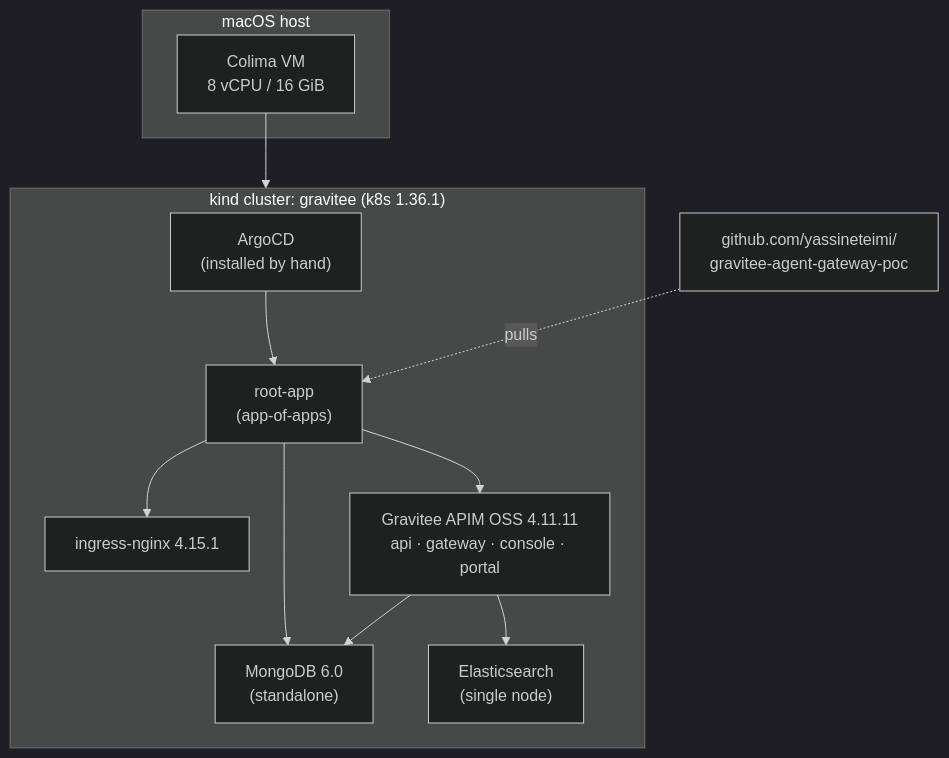
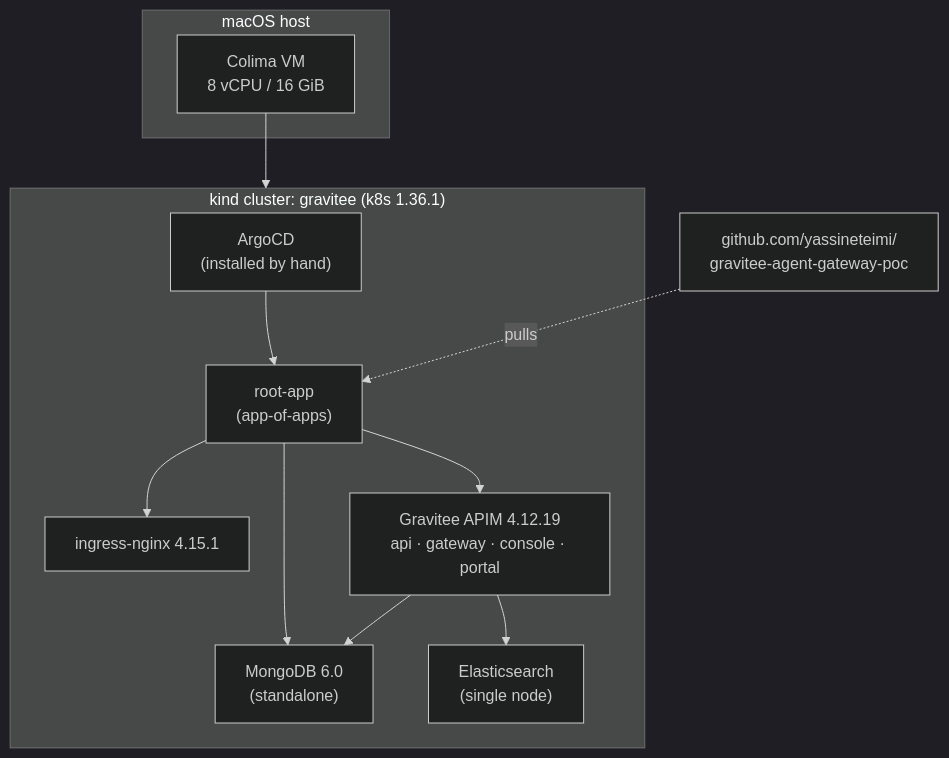
Before and after one commit to yassineteimi/gravitee-agent-gateway-poc: the diagram in docs/bootstrap.md, drawn with Mermaid (dark theme). The commit also changed other lines of this file and 4 other files, not shown here.

````diff
--- a/docs/bootstrap.md
+++ b/docs/bootstrap.md
@@ -43,23 +52,23 @@
 ```mermaid
 flowchart TD
     subgraph host["macOS host"]
         colima["Colima VM<br/>8 vCPU / 16 GiB"]
     end
     subgraph kind["kind cluster: gravitee (k8s 1.36.1)"]
         argo["ArgoCD<br/>(installed by hand)"]
         root["root-app<br/>(app-of-apps)"]
         ing["ingress-nginx 4.15.1"]
         mongo["MongoDB 6.0<br/>(standalone)"]
-        apim["Gravitee APIM OSS 4.11.11<br/>api · gateway · console · portal"]
+        apim["Gravitee APIM 4.12.19<br/>api · gateway · console · portal"]
         es["Elasticsearch<br/>(single node)"]
     end
     repo["github.com/yassineteimi/<br/>gravitee-agent-gateway-poc"]
     colima --> kind
     argo --> root
     repo -. pulls .-> root
     root --> ing
     root --> mongo
     root --> apim
     apim --> mongo
     apim --> es
 ```
````
